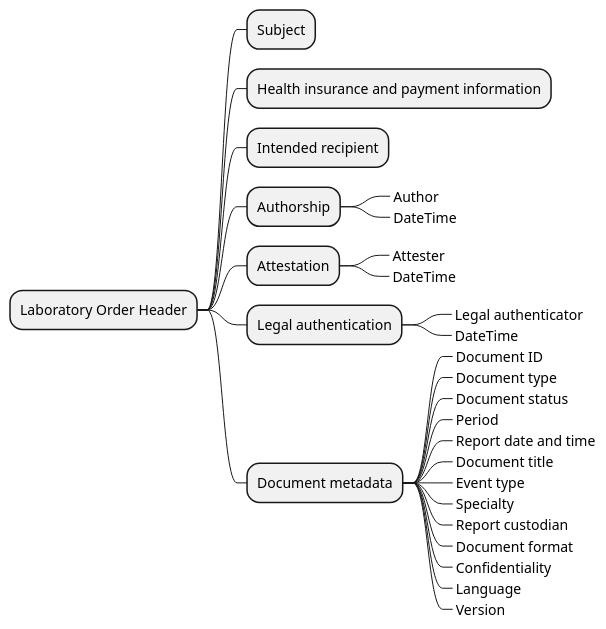
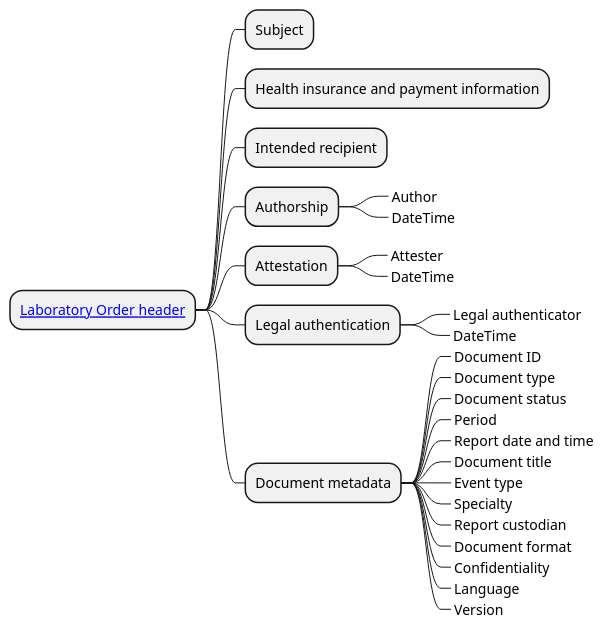
Before and after one commit to Xt-EHR/xt-ehr-common: the diagram in input/images-source/labOrderHdr_CIM.plantuml, drawn with PlantUML. The commit also changed 12 other files, not shown here.

```diff
--- a/input/images-source/labOrderHdr_CIM.plantuml
+++ b/input/images-source/labOrderHdr_CIM.plantuml
@@ -1,34 +1,35 @@
 @startmindmap
-* Laboratory Order Header
+skinparam topurl StructureDefinition-
+* [[EHDSLaboratoryOrderHeader.html Laboratory Order header]]
 ** Subject
 ** Health insurance and payment information
 ** Intended recipient
 ** Authorship
 ***_ Author
 ***_ DateTime
 ** Attestation
 ***_ Attester
 ***_ DateTime
 ** Legal authentication
 ***_ Legal authenticator
 ***_ DateTime
 ** Document metadata
 ***_ Document ID
 ***_ Document type
 ***_ Document status
 ***_ Period
 ***_ Report date and time
 ***_ Document title
 ***_ Event type
 ***_ Specialty
 ***_ Report custodian
 ***_ Document format
 ***_ Confidentiality
 ***_ Language
 ***_ Version
 /' ???
 ** Knowledge resources
 ***_ External reference
 ***_ Related with
 '/
 @endmindmap
```
